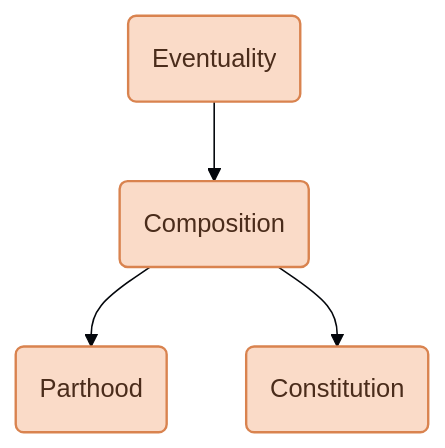
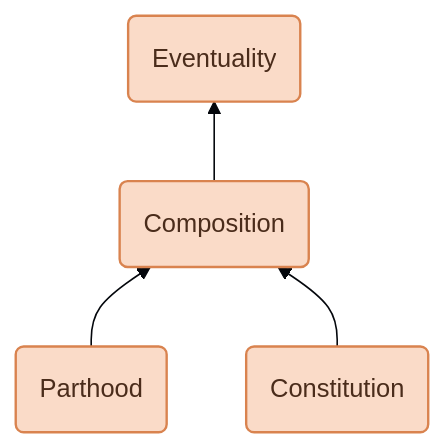
The diagram in diagrams/mermaid-diagrams/composition.md (Semantic-partners/loze), drawn with Mermaid before and after one commit. The commit also changed 10 other files, not shown here.

Commit message:
add diagrams with other views of the top taxonomy

````diff
--- a/diagrams/mermaid-diagrams/composition.md
+++ b/diagrams/mermaid-diagrams/composition.md
@@ -8,15 +8,15 @@
 ```mermaid
 %%{init: {'theme': 'base', 'themeVariables': {'background': '#FBF8F3'}}}%%
-flowchart TD
+flowchart BT
     Eventuality("Eventuality")
     Composition("Composition")
     Parthood("Parthood")
     Constitution("Constitution")
 
-    Eventuality --> Composition
-    Composition --> Parthood
-    Composition --> Constitution
+    Composition --> Eventuality
+    Parthood --> Composition
+    Constitution --> Composition
 
     classDef node fill:#FADBC8,stroke:#D9834F,stroke-width:1.5px,color:#4A2C1B;
     class Eventuality,Composition,Parthood,Constitution node;
 ```
````
